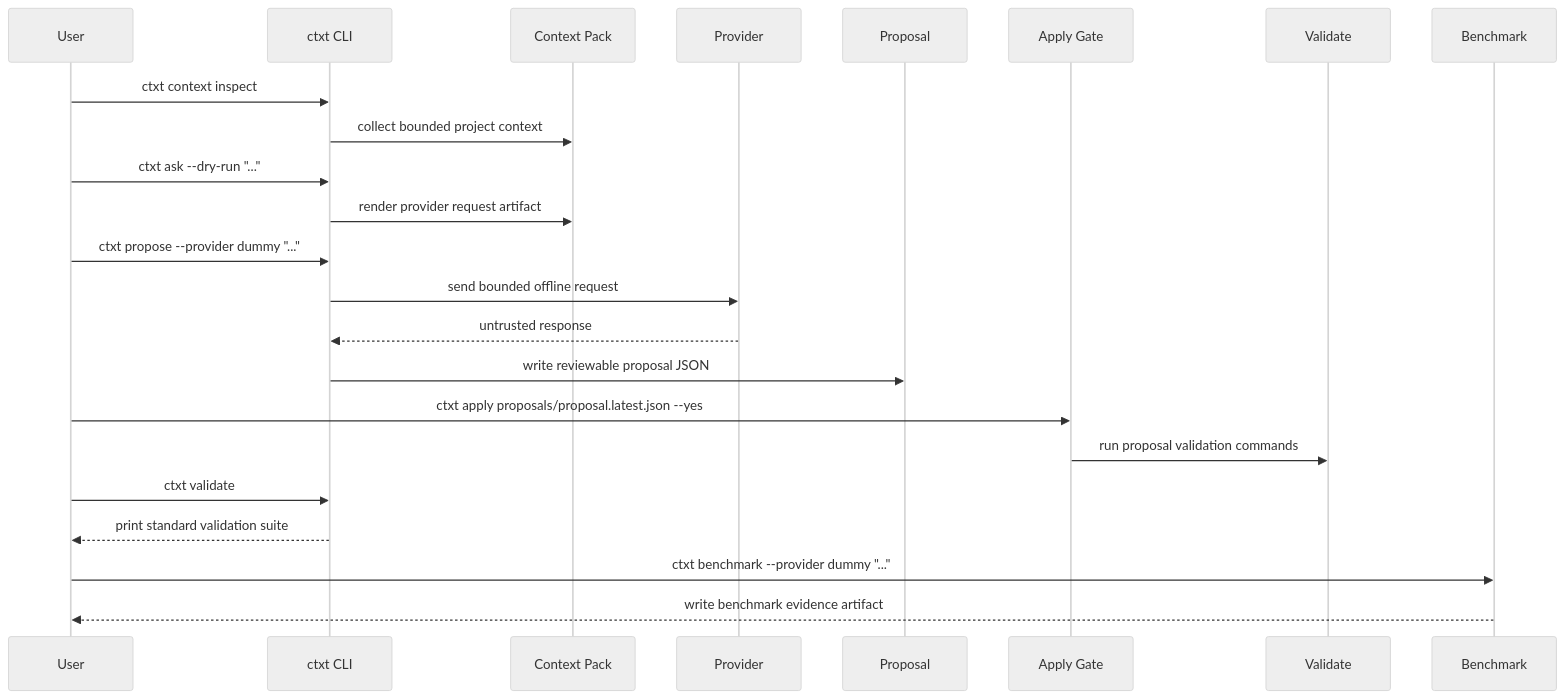
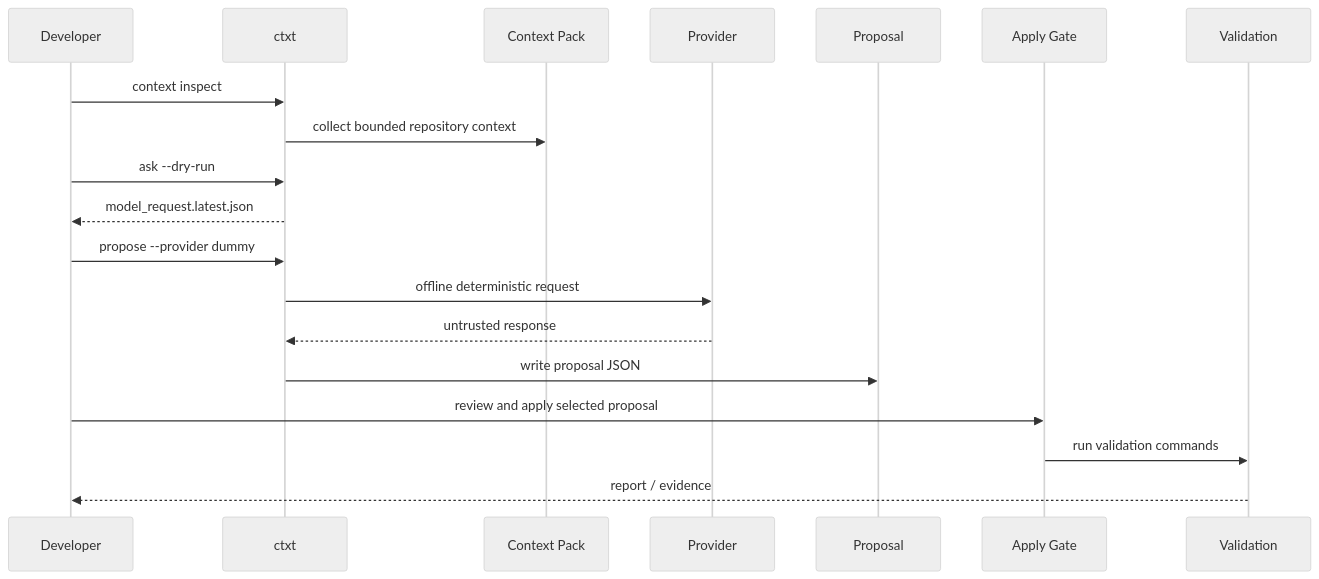
The third of 7 diagrams in README.md (ProfRandom92/comptext-cli), drawn with Mermaid (neutral theme) before and after one commit. The commit also changed other lines of this file, not shown here.

````diff
--- a/README.md
+++ b/README.md
@@ -217,26 +192,22 @@
 ```mermaid
 sequenceDiagram
-    participant User
-    participant CLI as ctxt CLI
+    participant Dev as Developer
+    participant CLI as ctxt
     participant CP as Context Pack
-    participant Provider
-    participant Proposal
+    participant P as Provider
+    participant Prop as Proposal
     participant Gate as Apply Gate
-    participant Validate
-    participant Benchmark
+    participant Val as Validation
 
-    User->>CLI: ctxt context inspect
-    CLI->>CP: collect bounded project context
-    User->>CLI: ctxt ask --dry-run "..."
-    CLI->>CP: render provider request artifact
-    User->>CLI: ctxt propose --provider dummy "..."
-    CLI->>Provider: send bounded offline request
-    Provider-->>CLI: untrusted response
-    CLI->>Proposal: write reviewable proposal JSON
-    User->>Gate: ctxt apply proposals/proposal.latest.json --yes
-    Gate->>Validate: run proposal validation commands
-    User->>CLI: ctxt validate
-    CLI-->>User: print standard validation suite
-    User->>Benchmark: ctxt benchmark --provider dummy "..."
-    Benchmark-->>User: write benchmark evidence artifact
+    Dev->>CLI: context inspect
+    CLI->>CP: collect bounded repository context
+    Dev->>CLI: ask --dry-run
+    CLI-->>Dev: model_request.latest.json
+    Dev->>CLI: propose --provider dummy
+    CLI->>P: offline deterministic request
+    P-->>CLI: untrusted response
+    CLI->>Prop: write proposal JSON
+    Dev->>Gate: review and apply selected proposal
+    Gate->>Val: run validation commands
+    Val-->>Dev: report / evidence
 ```
````
